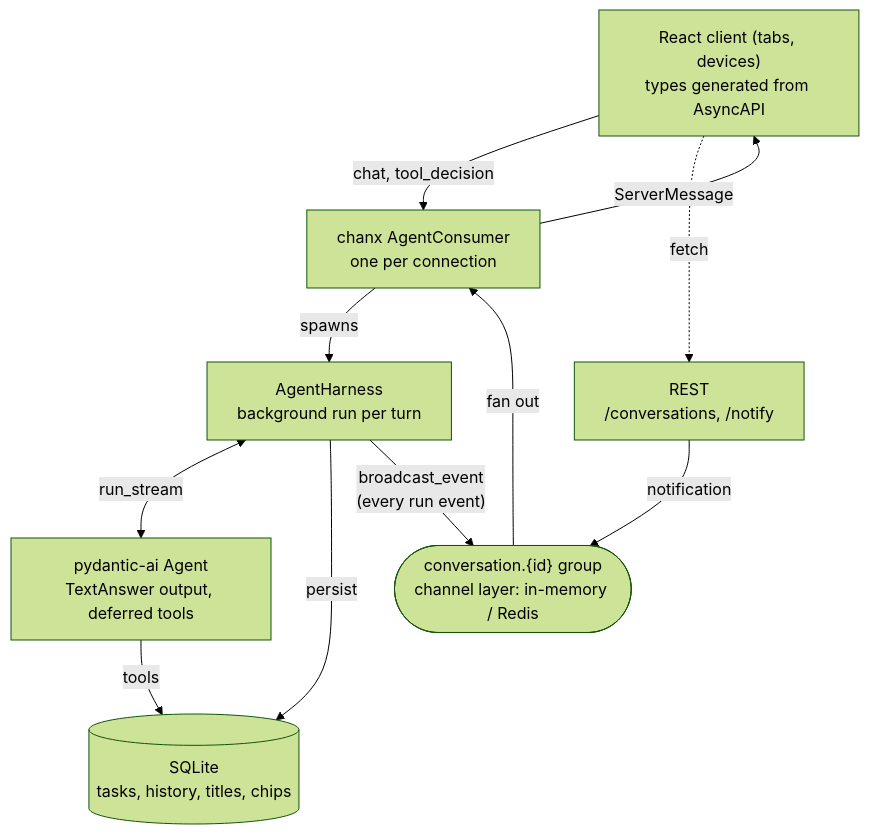
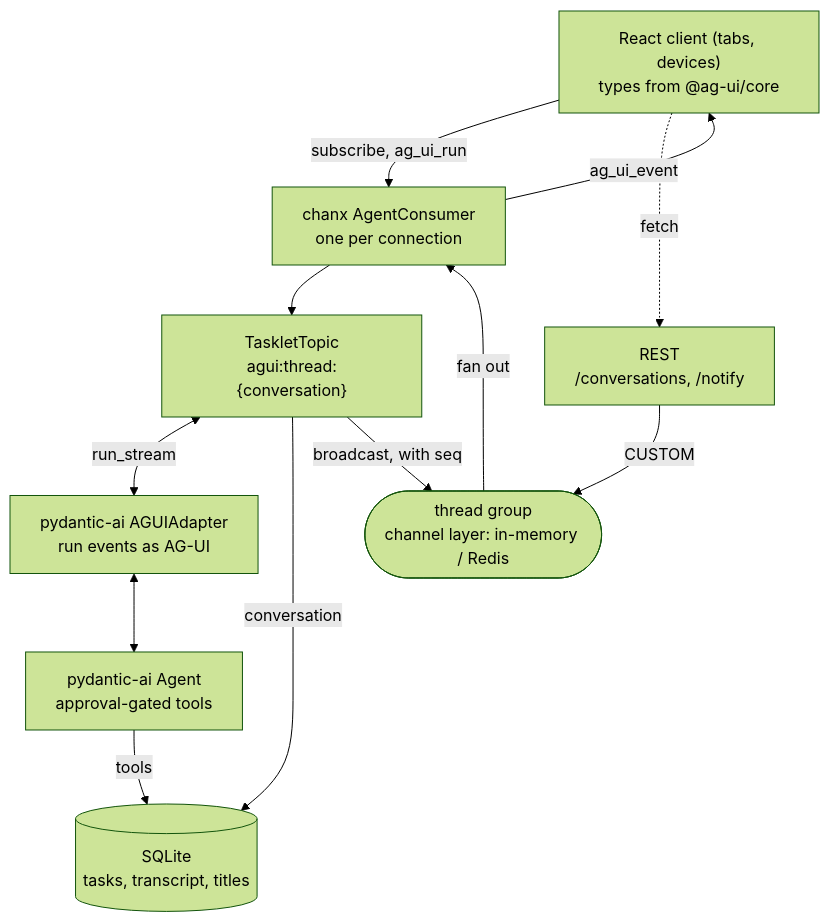
Before and after one commit to huynguyengl99/pydantic-ai-ws-agent: the diagram in docs/architecture.md, drawn with Mermaid (forest theme). The commit also changed other lines of this file and 4 other files, not shown here.

````diff
--- a/docs/architecture.md
+++ b/docs/architecture.md
@@ -6,21 +6,23 @@
 ```mermaid
 flowchart TD
-    Client["React client (tabs, devices)<br/>types generated from AsyncAPI"]
+    Client["React client (tabs, devices)<br/>types from @ag-ui/core"]
     Consumer["chanx AgentConsumer<br/>one per connection"]
-    Harness["AgentHarness<br/>background run per turn"]
-    Agent["pydantic-ai Agent<br/>TextAnswer output, deferred tools"]
-    DB[("SQLite<br/>tasks, history, titles, chips")]
-    Group(["conversation.{id} group<br/>channel layer: in-memory / Redis"])
+    Topic["TaskletTopic<br/>agui:thread:{conversation}"]
+    Adapter["pydantic-ai AGUIAdapter<br/>run events as AG-UI"]
+    Agent["pydantic-ai Agent<br/>approval-gated tools"]
+    DB[("SQLite<br/>tasks, transcript, titles")]
+    Group(["thread group<br/>channel layer: in-memory / Redis"])
     HTTP["REST<br/>/conversations, /notify"]
 
-    Client -->|"chat, tool_decision"| Consumer
+    Client -->|"subscribe, ag_ui_run"| Consumer
     Client -.->|fetch| HTTP
-    Consumer -->|spawns| Harness
-    Harness <-->|run_stream| Agent
+    Consumer --> Topic
+    Topic <-->|run_stream| Adapter
+    Adapter <--> Agent
     Agent -->|tools| DB
-    Harness -->|persist| DB
-    Harness -->|"broadcast_event<br/>(every run event)"| Group
-    HTTP -->|notification| Group
+    Topic -->|conversation| DB
+    Topic -->|"broadcast, with seq"| Group
+    HTTP -->|CUSTOM| Group
     Group -->|fan out| Consumer
-    Consumer -->|ServerMessage| Client
+    Consumer -->|ag_ui_event| Client
 ```
````
